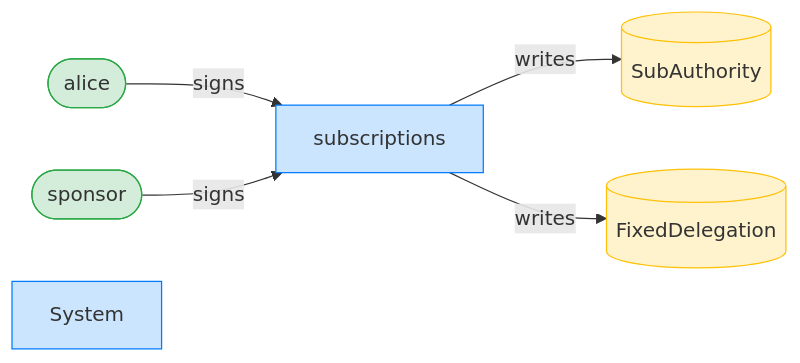
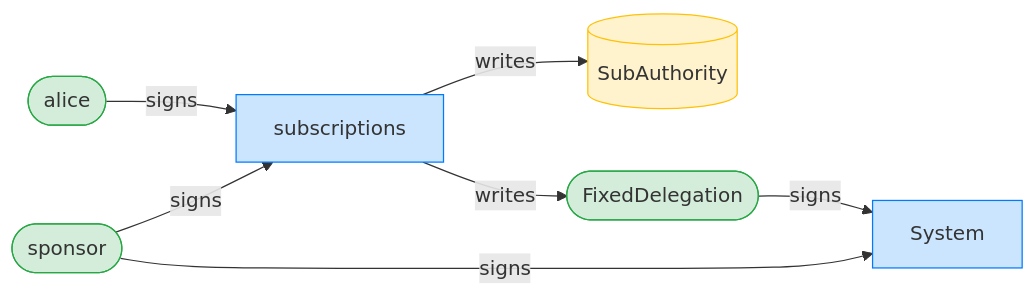
Before and after one commit to cds-rs/subscriptions: the seventh of 12 diagrams in dsl_tests/create-a-fixed-delegation-with-a-sponsor.md, drawn with Mermaid. The commit also changed other lines of this file and 224 other files, not shown here.

````diff
--- a/dsl_tests/create-a-fixed-delegation-with-a-sponsor.md
+++ b/dsl_tests/create-a-fixed-delegation-with-a-sponsor.md
@@ -131,16 +137,18 @@
 ```mermaid
 flowchart LR
     classDef signer fill:#d4edda,stroke:#28a745;
     classDef program fill:#cce5ff,stroke:#007bff;
     classDef writable fill:#fff3cd,stroke:#ffc107;
     subscriptions[subscriptions]:::program
     alice([alice]):::signer
     SubAuthority[(SubAuthority)]:::writable
-    FixedDelegation[(FixedDelegation)]:::writable
+    FixedDelegation([FixedDelegation]):::signer
     sponsor([sponsor]):::signer
     System[System]:::program
     alice -->|signs| subscriptions
     sponsor -->|signs| subscriptions
+    sponsor -->|signs| System
+    FixedDelegation -->|signs| System
     subscriptions -->|writes| SubAuthority
     subscriptions -->|writes| FixedDelegation
 ```
````
